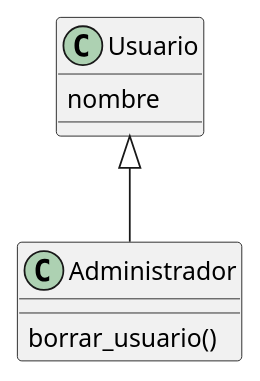
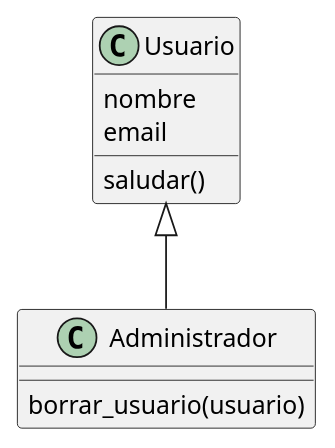
One commit to GiorgioCode/python-consultor-ia-digitalers changed the fourth of 5 diagrams in guias/11c_poo_basica.md. Above: the diagram before and after it, drawn with PlantUML. The commit also changed other lines of this file and 6 other files, not shown here.

````diff
--- a/guias/11c_poo_basica.md
+++ b/guias/11c_poo_basica.md
@@ -322,13 +492,15 @@
 ```plantuml
 @startuml
 class Usuario {
   nombre
+  email
+  saludar()
 }
 
 class Administrador {
-  borrar_usuario()
+  borrar_usuario(usuario)
 }
 
 Usuario <|-- Administrador
 @enduml
 ```
````
